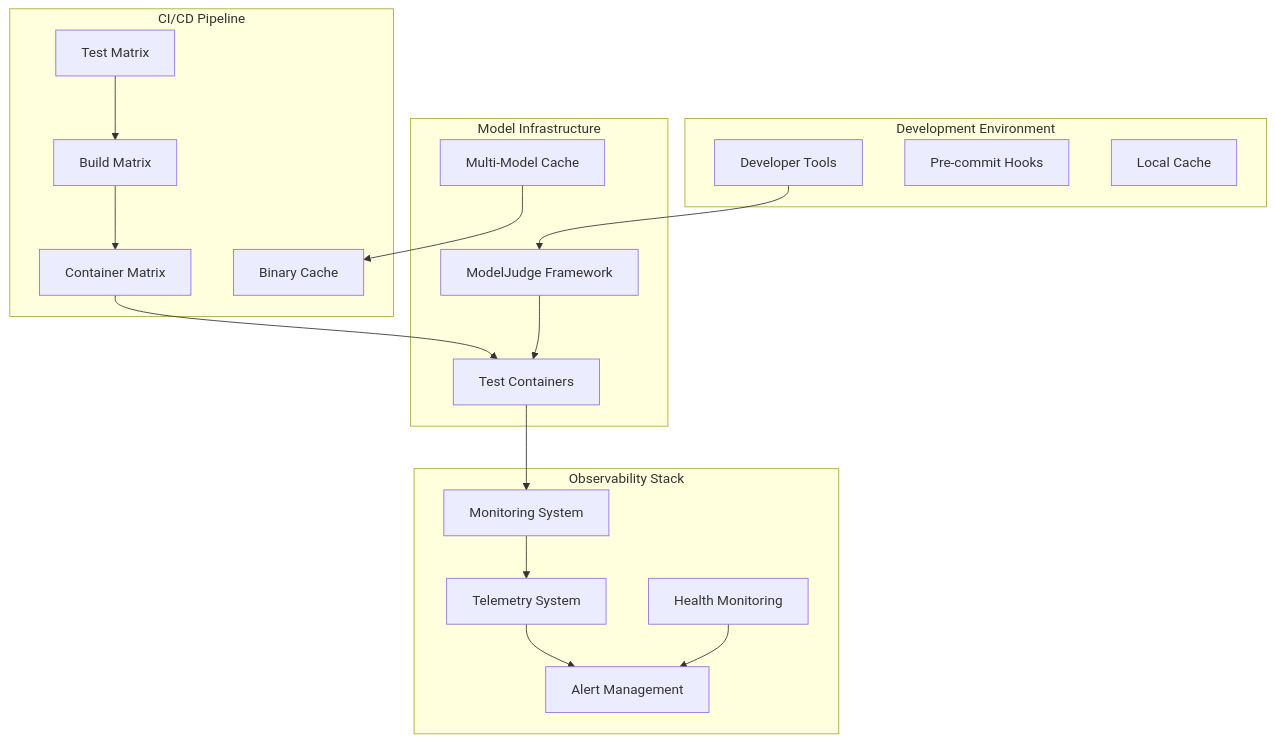
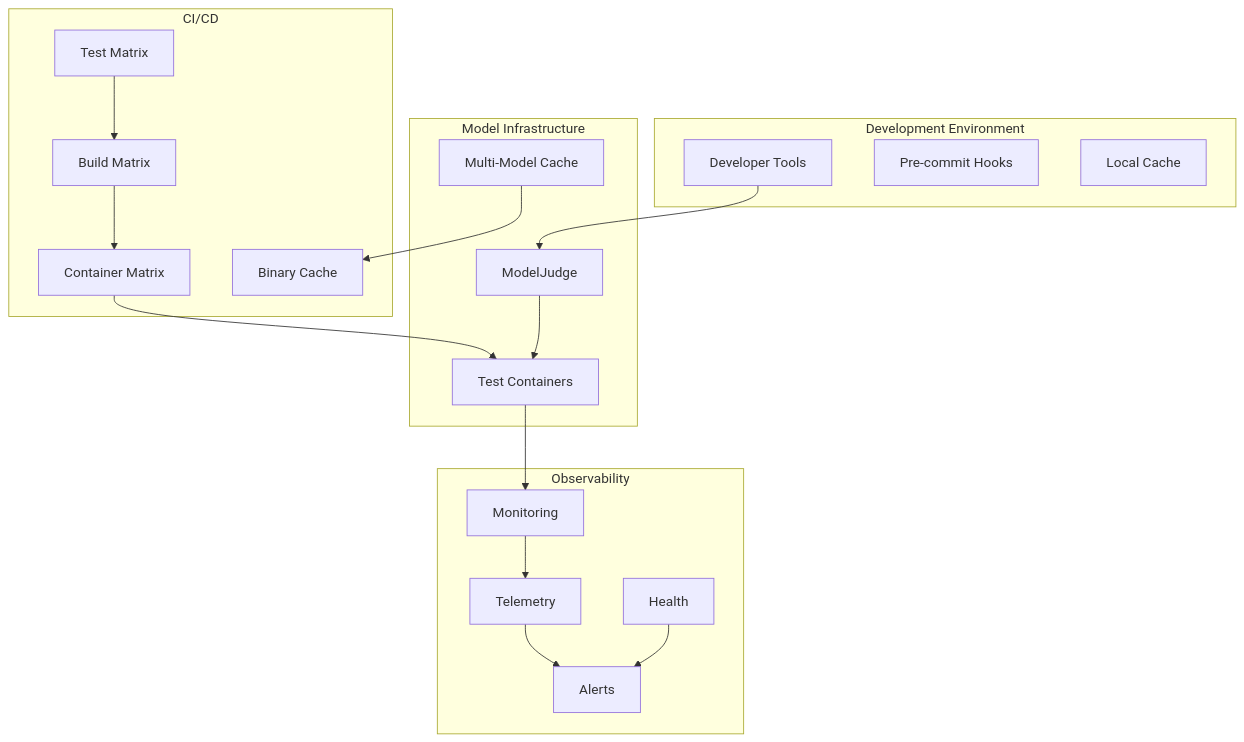
The first of 3 diagrams in docs/poc-system-overview.md (DominicBurkart/nanna-coder), drawn with Mermaid before and after one commit. The commit also changed other lines of this file, not shown here.

First line of the commit message:
[clarity] tighten poc-system-overview.md

````diff
--- a/docs/poc-system-overview.md
+++ b/docs/poc-system-overview.md
@@ -29,40 +25,40 @@
 ```mermaid
 graph TB
     subgraph "Development Environment"
         DEV[Developer Tools]
         HOOKS[Pre-commit Hooks]
         CACHE[Local Cache]
     end
 
     subgraph "Model Infrastructure"
-        JUDGE[ModelJudge Framework]
+        JUDGE[ModelJudge]
         CACHE_SYS[Multi-Model Cache]
         CONTAINERS[Test Containers]
     end
 
-    subgraph "Observability Stack"
-        MONITOR[Monitoring System]
-        TELEMETRY[Telemetry System]
-        ALERTS[Alert Management]
-        HEALTH[Health Monitoring]
+    subgraph "Observability"
+        MONITOR[Monitoring]
+        TELEMETRY[Telemetry]
+        ALERTS[Alerts]
+        HEALTH[Health]
     end
 
-    subgraph "CI/CD Pipeline"
+    subgraph "CI/CD"
         MATRIX[Test Matrix]
         BUILD[Build Matrix]
         DEPLOY[Container Matrix]
         BINARY_CACHE[Binary Cache]
     end
 
     DEV --> JUDGE
     JUDGE --> CONTAINERS
     CONTAINERS --> MONITOR
     MONITOR --> TELEMETRY
     TELEMETRY --> ALERTS
     HEALTH --> ALERTS
 
     CACHE_SYS --> BINARY_CACHE
     MATRIX --> BUILD
     BUILD --> DEPLOY
     DEPLOY --> CONTAINERS
 ```
````
